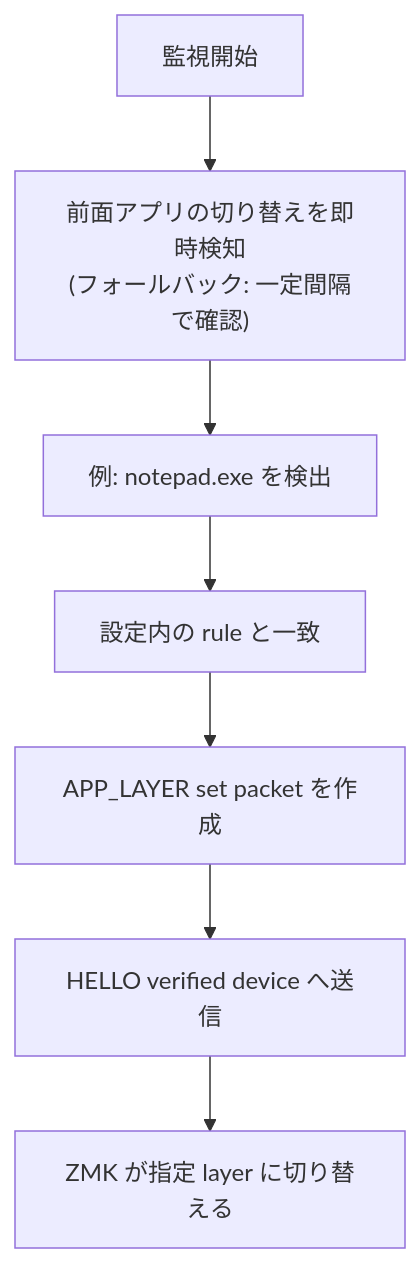
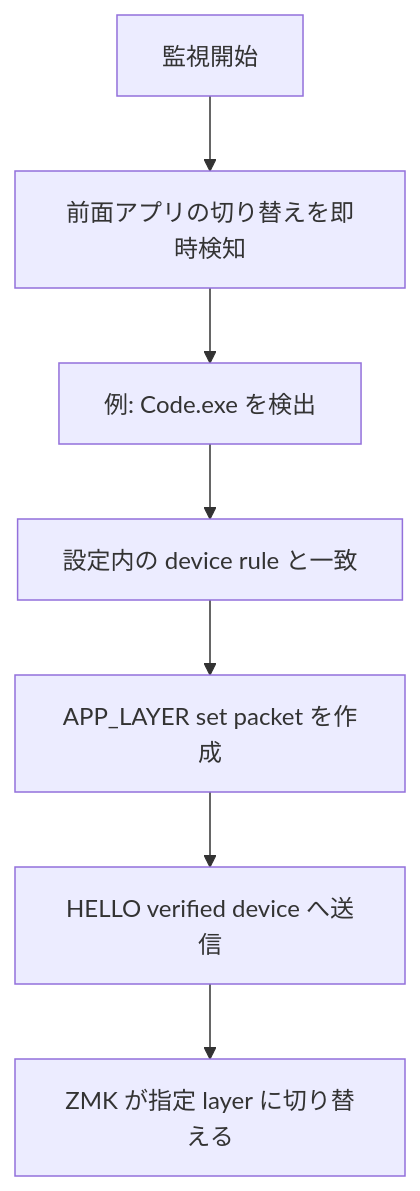
One commit to hrmt-lab/Keylink-Studio changed the third of 4 diagrams in docs/technology-overview.md. Above: the diagram before and after it, drawn with Mermaid. The commit also changed other lines of this file and 15 other files, not shown here.

````diff
--- a/docs/technology-overview.md
+++ b/docs/technology-overview.md
@@ -205,9 +230,9 @@
 ```mermaid
 flowchart TD
-    A["監視開始"] --> B["前面アプリの切り替えを即時検知<br>(フォールバック: 一定間隔で確認)"]
-    B --> C["例: notepad.exe を検出"]
-    C --> D["設定内の rule と一致"]
+    A["監視開始"] --> B["前面アプリの切り替えを即時検知"]
+    B --> C["例: Code.exe を検出"]
+    C --> D["設定内の device rule と一致"]
     D --> E["APP_LAYER set packet を作成"]
     E --> F["HELLO verified device へ送信"]
     F --> G["ZMK が指定 layer に切り替える"]
 ```
````
